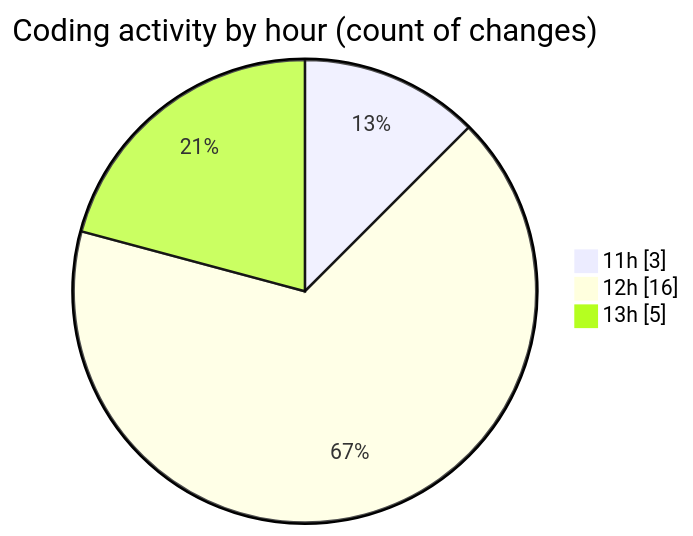
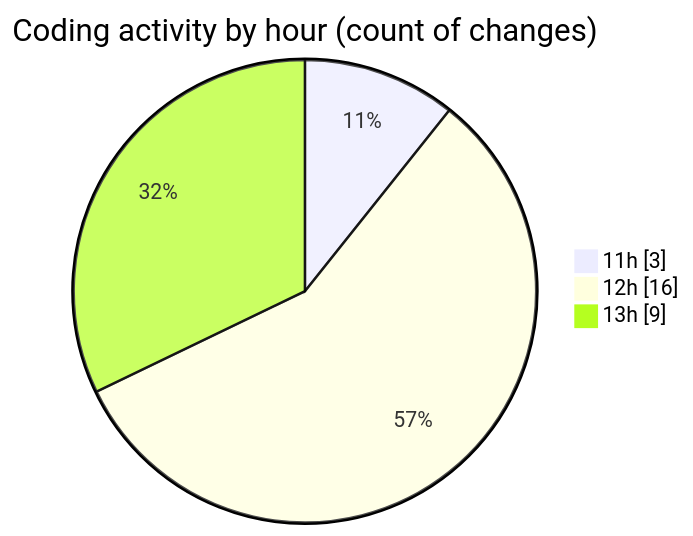
Before and after one commit to nxtqubesakshisongat/code-tracking: the second of 2 diagrams in 2025-06-03/nxtqube_webapp/README.md, drawn with Mermaid. The commit also changed other lines of this file and 1 other file, not shown here.

````diff
--- a/2025-06-03/nxtqube_webapp/README.md
+++ b/2025-06-03/nxtqube_webapp/README.md
@@ -28,7 +28,7 @@
 ```mermaid
 pie showData
 title Coding activity by hour (count of changes)
 "11h" : 3
 "12h" : 16
-"13h" : 5
+"13h" : 9
 ```
````
